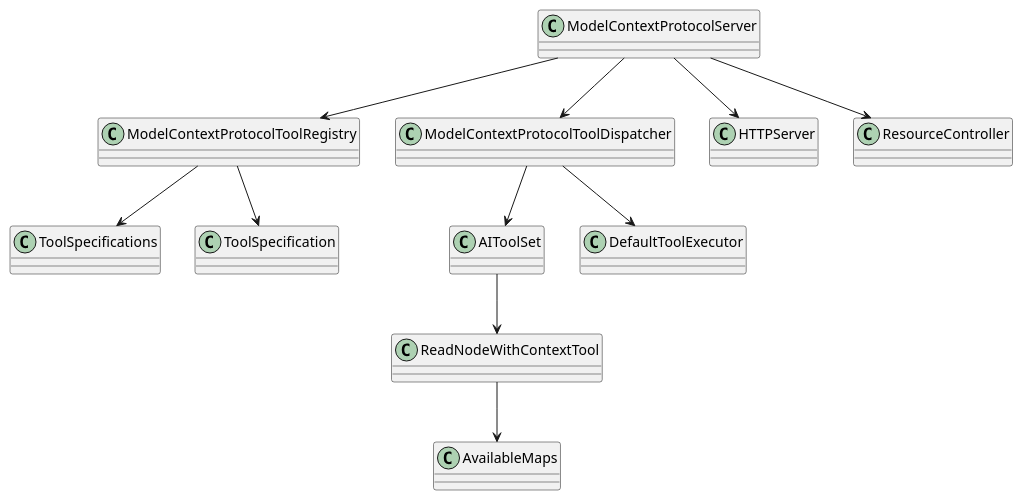
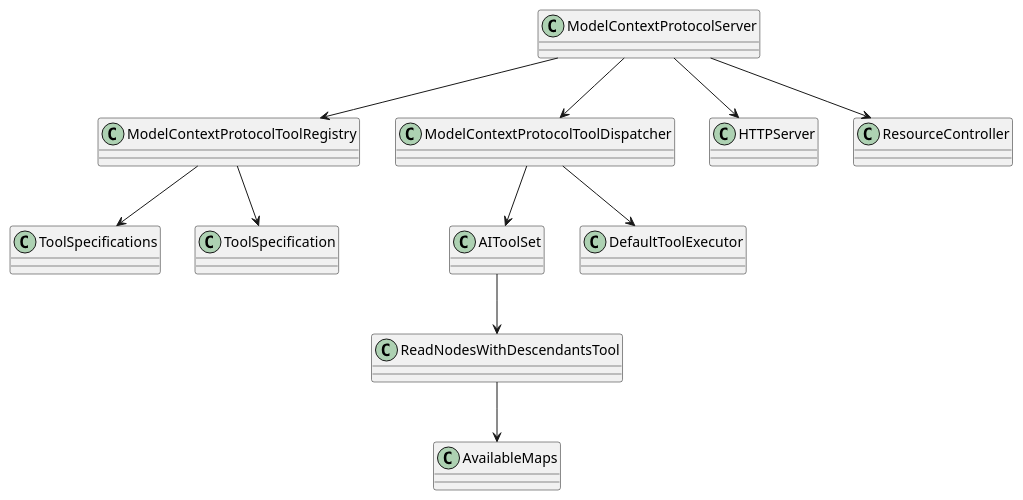
The first of 2 diagrams in freeplane_plugin_ai/specs/tasks/finished/012-model-context-protocol-server.md (guoranjun2/nexordia), drawn with PlantUML before and after one commit. The commit also changed 47 other files, not shown here.

````diff
--- a/freeplane_plugin_ai/specs/tasks/finished/012-model-context-protocol-server.md
+++ b/freeplane_plugin_ai/specs/tasks/finished/012-model-context-protocol-server.md
@@ -12,26 +12,26 @@
 ```plantuml
 @startuml
 class AIToolSet
-class ReadNodeWithContextTool
+class ReadNodesWithDescendantsTool
 class AvailableMaps
 class ModelContextProtocolServer
 class ModelContextProtocolToolRegistry
 class ModelContextProtocolToolDispatcher
 class ToolSpecifications
 class ToolSpecification
 class DefaultToolExecutor
 class HTTPServer
 class ResourceController
 
-AIToolSet --> ReadNodeWithContextTool
-ReadNodeWithContextTool --> AvailableMaps
+AIToolSet --> ReadNodesWithDescendantsTool
+ReadNodesWithDescendantsTool --> AvailableMaps
 ModelContextProtocolServer --> ModelContextProtocolToolRegistry
 ModelContextProtocolServer --> ModelContextProtocolToolDispatcher
 ModelContextProtocolToolDispatcher --> AIToolSet
 ModelContextProtocolToolRegistry --> ToolSpecifications
 ModelContextProtocolToolRegistry --> ToolSpecification
 ModelContextProtocolToolDispatcher --> DefaultToolExecutor
 ModelContextProtocolServer --> HTTPServer
 ModelContextProtocolServer --> ResourceController
 @enduml
 ```
````
